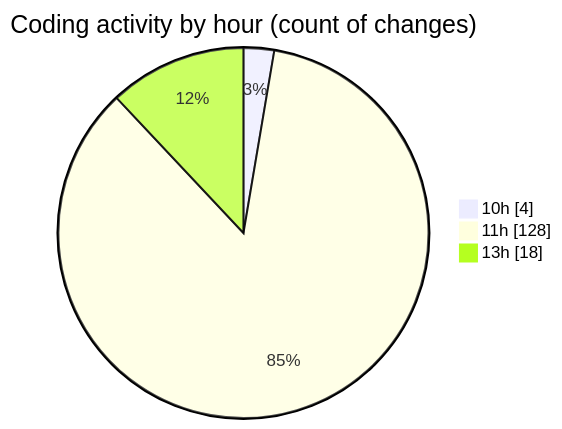
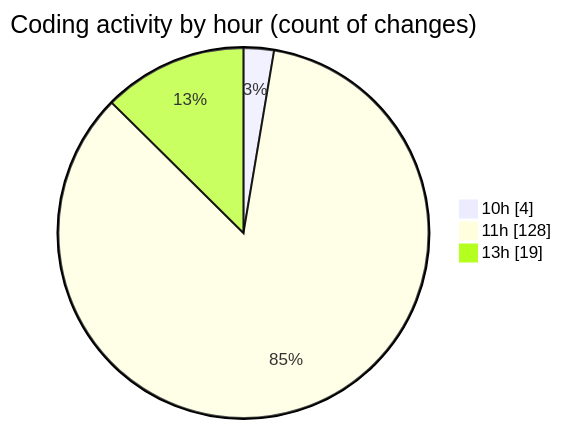
One commit to nxtqubesakshisongat/code-tracking changed the second of 2 diagrams in 2025-04-14/nxtqube_webapp/README.md. Above: the diagram before and after it, drawn with Mermaid. The commit also changed other lines of this file and 1 other file, not shown here.

````diff
--- a/2025-04-14/nxtqube_webapp/README.md
+++ b/2025-04-14/nxtqube_webapp/README.md
@@ -35,7 +35,7 @@
 ```mermaid
 pie showData
 title Coding activity by hour (count of changes)
 "10h" : 4
 "11h" : 128
-"13h" : 18
+"13h" : 19
 ```
````
